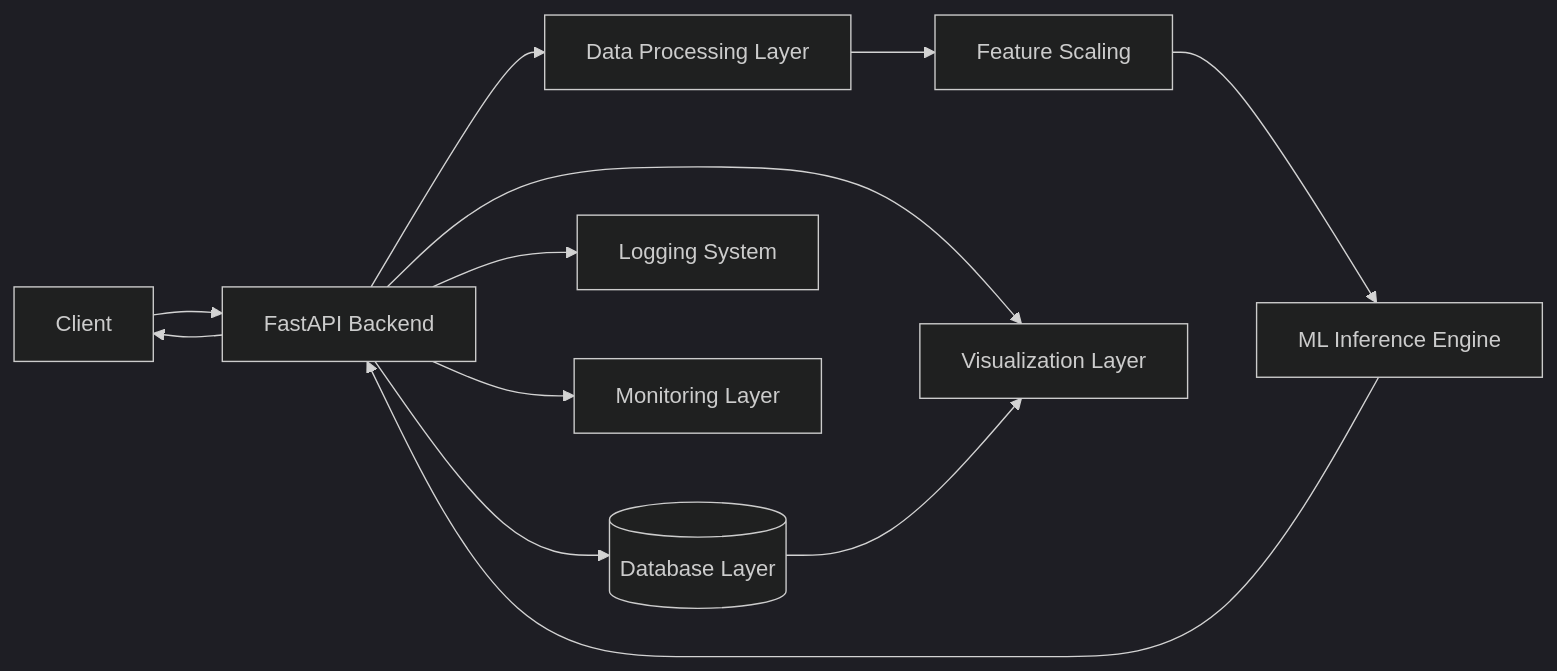
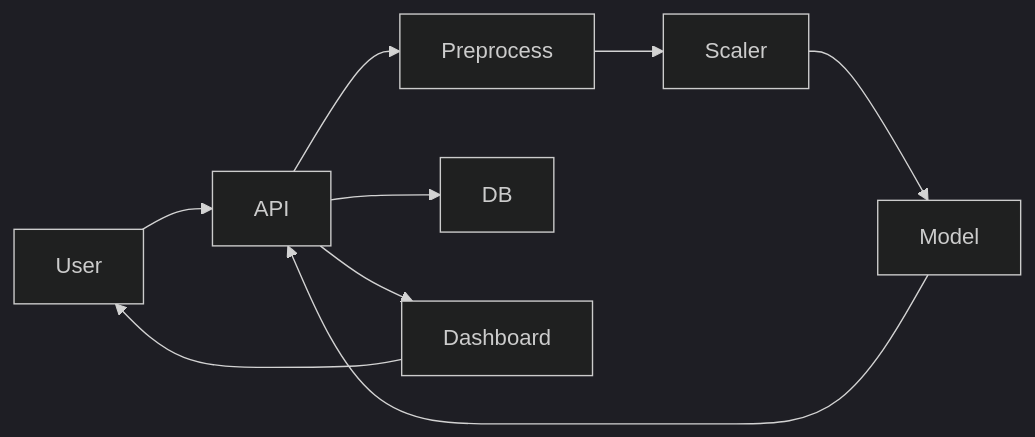
The diagram in README.md (k-siddhartha-ai/real-time-fraud-detection-system), drawn with Mermaid (dark theme) before and after one commit. The commit also changed other lines of this file, not shown here.

````diff
--- a/README.md
+++ b/README.md
@@ -53,21 +74,11 @@
 ```mermaid
 flowchart LR
-
-    User[Client] --> API[FastAPI Backend]
-
-    API --> Preprocess[Data Processing Layer]
-    Preprocess --> Scaler[Feature Scaling]
-    Scaler --> Model[ML Inference Engine]
-
-    Model --> API
-
-    API --> DB[(Database Layer)]
-    API --> Dashboard[Visualization Layer]
-
-    DB --> Dashboard
-
-    API --> Logs[Logging System]
-    API --> Metrics[Monitoring Layer]
-
-    API --> User
+User --> API
+API --> Preprocess
+Preprocess --> Scaler
+Scaler --> Model
+Model --> API
+API --> DB
+API --> Dashboard
+Dashboard --> User
 ```
````
